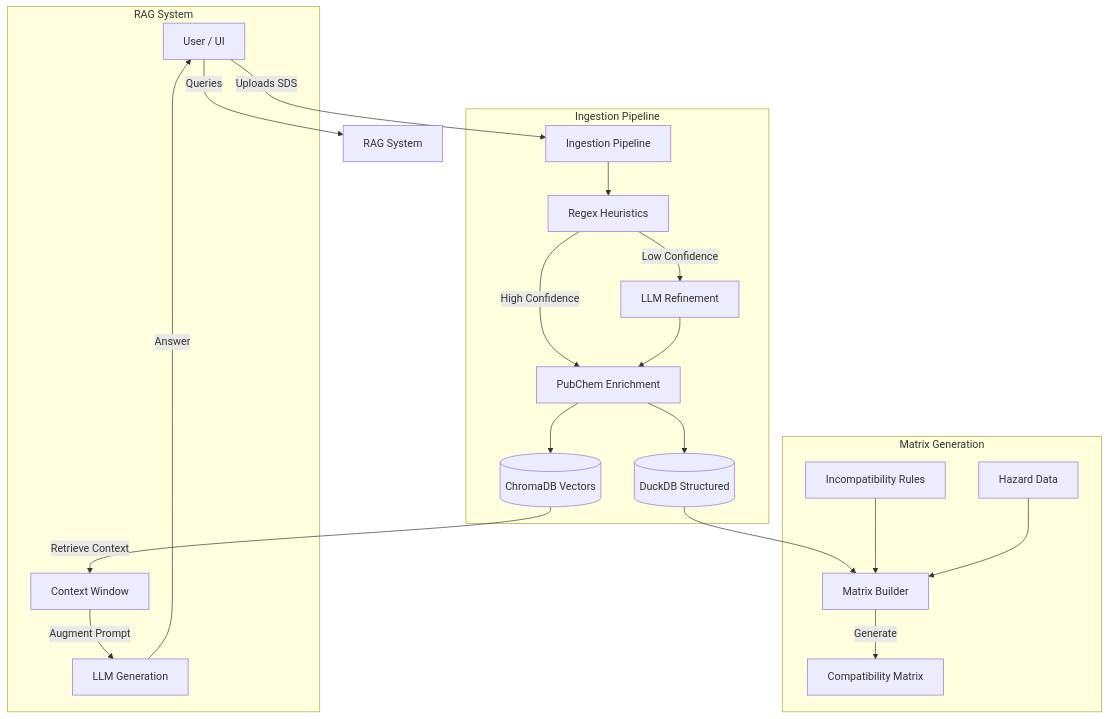
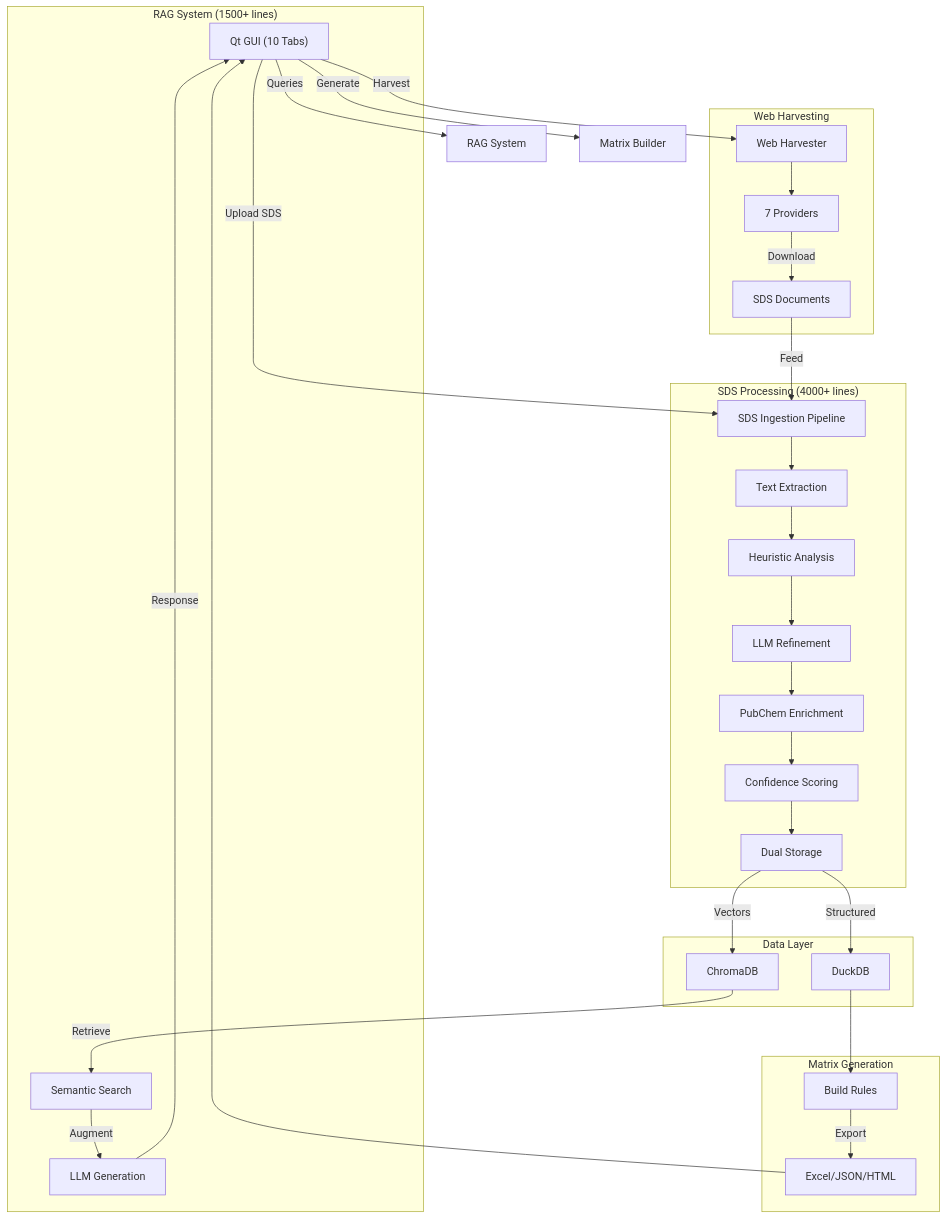
The diagram in README.md (rdmdelboni/RAG_SDS_MATRIX), drawn with Mermaid before and after one commit. The commit also changed other lines of this file and 30 other files, not shown here.

First line of the commit message:
feat(ui): complete UI modularization - extract all tabs into separate modules

````diff
--- a/README.md
+++ b/README.md
@@ -37,27 +70,41 @@
 ```mermaid
 graph TD
-    User[User / UI] -->|Uploads SDS| Ingest[Ingestion Pipeline]
-    User -->|Queries| RAG[RAG System]
-    
-    subgraph "Ingestion Pipeline"
-        Ingest --> Heuristics[Regex Heuristics]
-        Heuristics -->|Low Confidence| LLM[LLM Refinement]
-        Heuristics -->|High Confidence| PubChem[PubChem Enrichment]
-        LLM --> PubChem
-        PubChem --> DB[(DuckDB Structured)]
-        PubChem --> Vector[(ChromaDB Vectors)]
+    GUI["Qt GUI (10 Tabs)"]
+
+    GUI -->|Upload SDS| Ingest["SDS Ingestion Pipeline"]
+    GUI -->|Queries| RAG["RAG System"]
+    GUI -->|Generate| Matrix["Matrix Builder"]
+    GUI -->|Harvest| Web["Web Harvester"]
+
+    subgraph "SDS Processing (4000+ lines)"
+        Ingest --> Extract["Text Extraction"]
+        Extract --> Heuristic["Heuristic Analysis"]
+        Heuristic --> LLM["LLM Refinement"]
+        LLM --> Enrich["PubChem Enrichment"]
+        Enrich --> Score["Confidence Scoring"]
+        Score --> Storage["Dual Storage"]
     end
-    
-    subgraph "RAG System"
-        Vector -->|Retrieve Context| Context[Context Window]
-        Context -->|Augment Prompt| LLM_RAG[LLM Generation]
-        LLM_RAG -->|Answer| User
+
+    subgraph "Data Layer"
+        Storage -->|Structured| DuckDB["DuckDB"]
+        Storage -->|Vectors| ChromaDB["ChromaDB"]
     end
-    
+
+    subgraph "RAG System (1500+ lines)"
+        ChromaDB -->|Retrieve| Retrieval["Semantic Search"]
+        Retrieval -->|Augment| LLM_RAG["LLM Generation"]
+        LLM_RAG -->|Response| GUI
+    end
+
     subgraph "Matrix Generation"
-        DB --> MatrixBuilder[Matrix Builder]
-        Rules[Incompatibility Rules] --> MatrixBuilder
-        Hazards[Hazard Data] --> MatrixBuilder
-        MatrixBuilder -->|Generate| Matrix[Compatibility Matrix]
+        DuckDB --> MatrixBuilder["Build Rules"]
+        MatrixBuilder -->|Export| Export["Excel/JSON/HTML"]
+        Export --> GUI
+    end
+
+    subgraph "Web Harvesting"
+        Web --> Providers["7 Providers"]
+        Providers -->|Download| Docs["SDS Documents"]
+        Docs -->|Feed| Ingest
     end
 ```
````
